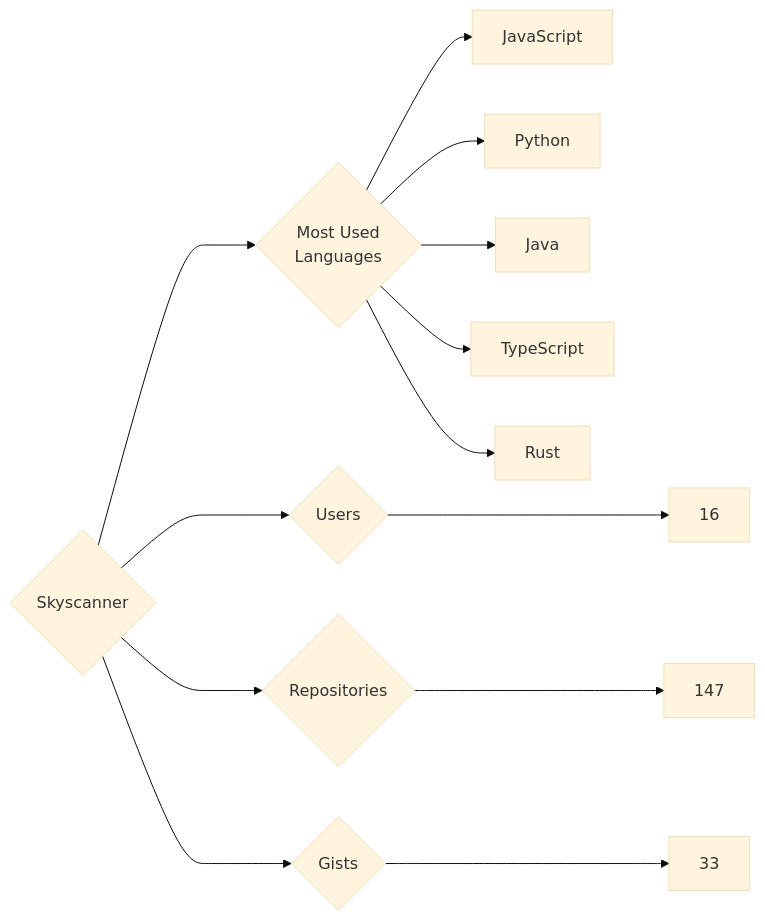
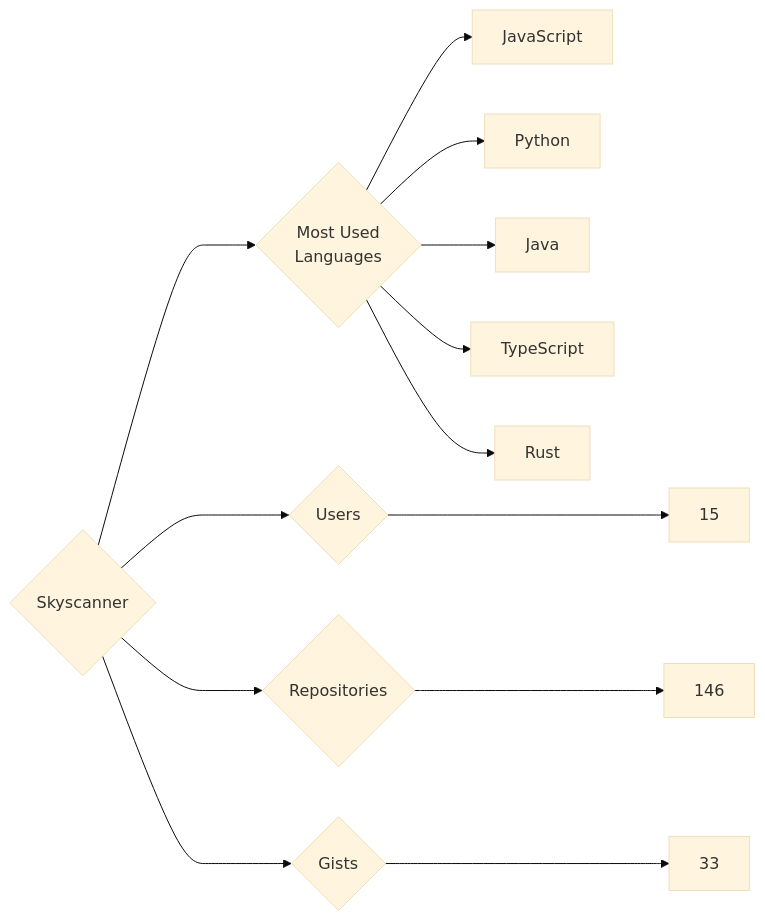
One commit to trickest/insiders changed the diagram in targets/Skyscanner/README.md. Above: the diagram before and after it, drawn with Mermaid (base theme). The commit also changed 1389 other files, not shown here.

````diff
--- a/targets/Skyscanner/README.md
+++ b/targets/Skyscanner/README.md
@@ -3,13 +3,13 @@
 ```mermaid
 graph LR
 COMPANY_NAME{Skyscanner}
-COMPANY_NAME ---> U{Users} ---> UN[16]
-COMPANY_NAME ---> R{Repositories} ---> RN[147]
+COMPANY_NAME ---> U{Users} ---> UN[15]
+COMPANY_NAME ---> R{Repositories} ---> RN[146]
 COMPANY_NAME ---> G{Gists} ---> GN[33]
 COMPANY_NAME ---> ML{Most Used<br>Languages}
 ML --> JavaScript[JavaScript]
 ML --> Python[Python]
 ML --> Java[Java]
 ML --> TypeScript[TypeScript]
 ML --> Rust[Rust]
 ```
````
